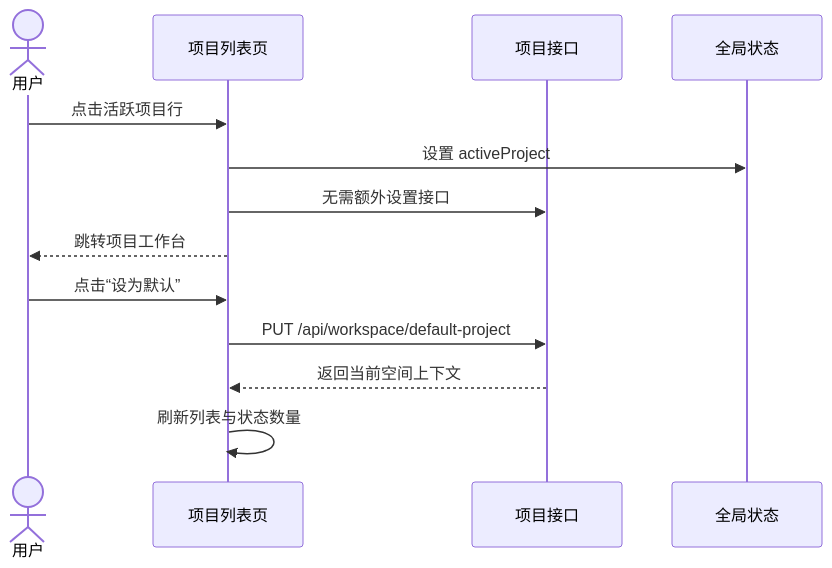
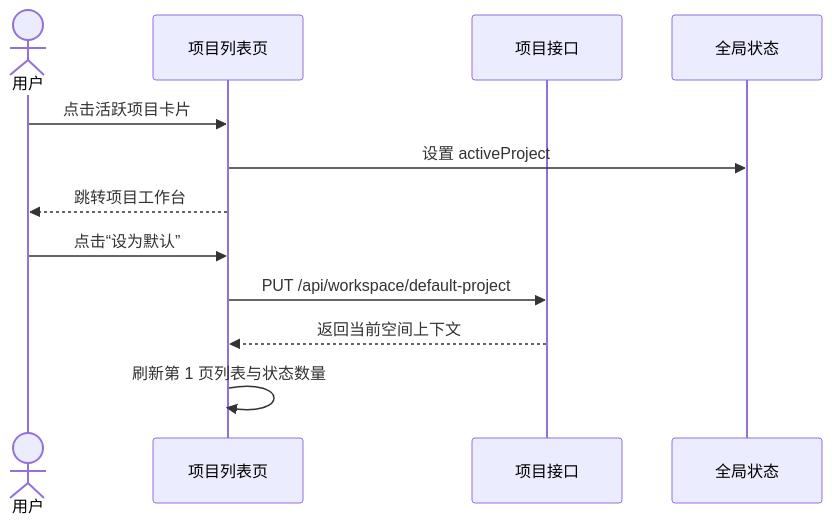
One commit to XiaoMiSum/robotest changed the diagram in docs/05-interaction-design/19-space-ui-project.md. Above: the diagram before and after it, drawn with Mermaid. The commit also changed other lines of this file and 11 other files, not shown here.

````diff
--- a/docs/05-interaction-design/19-space-ui-project.md
+++ b/docs/05-interaction-design/19-space-ui-project.md
@@ -75,15 +81,14 @@
 ```mermaid
 sequenceDiagram
   actor U as 用户
   participant P as 项目列表页
   participant A as 项目接口
   participant S as 全局状态
-  U->>P: 点击活跃项目行
+  U->>P: 点击活跃项目卡片
   P->>S: 设置 activeProject
-  P->>A: 无需额外设置接口
   P-->>U: 跳转项目工作台
   U->>P: 点击“设为默认”
   P->>A: PUT /api/workspace/default-project
   A-->>P: 返回当前空间上下文
-  P->>P: 刷新列表与状态数量
+  P->>P: 刷新第 1 页列表与状态数量
 ```
````
